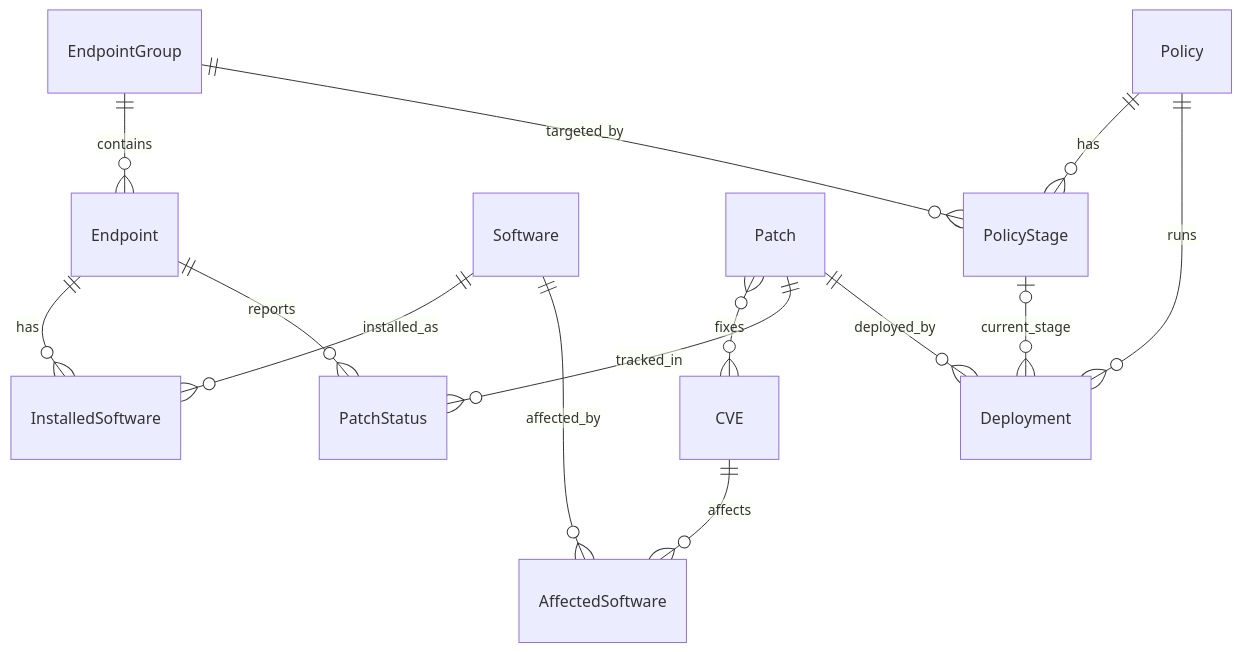
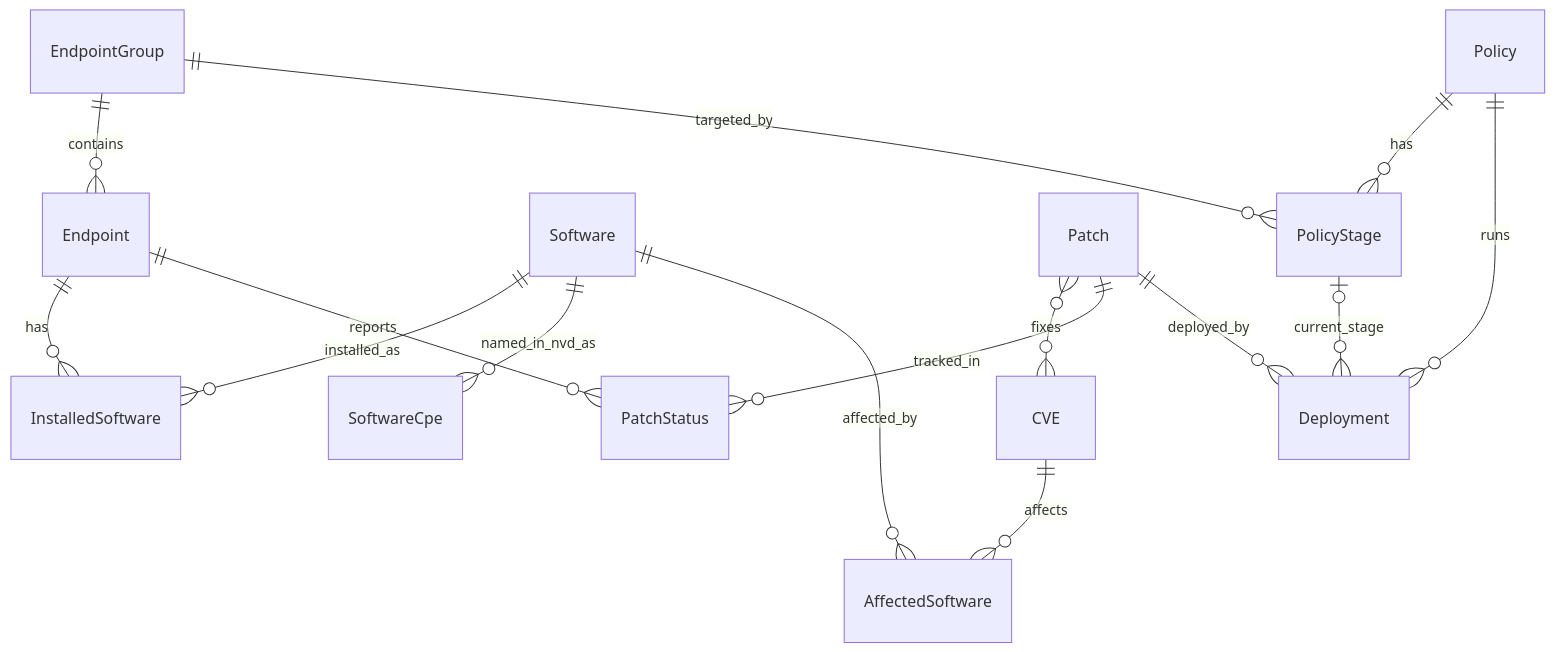
One commit to eunbel22/mini-patch-manager changed the diagram in PRD.md. Above: the diagram before and after it, drawn with Mermaid. The commit also changed other lines of this file and 10 other files, not shown here.

First line of the commit message:
Link CVEs to our software through NVD CPE names

````diff
--- a/PRD.md
+++ b/PRD.md
@@ -72,16 +72,17 @@
 ```mermaid
 erDiagram
     EndpointGroup ||--o{ Endpoint : contains
     Endpoint ||--o{ InstalledSoftware : has
     Software ||--o{ InstalledSoftware : installed_as
+    Software ||--o{ SoftwareCpe : named_in_nvd_as
     CVE ||--o{ AffectedSoftware : affects
     Software ||--o{ AffectedSoftware : affected_by
     Patch }o--o{ CVE : fixes
     Endpoint ||--o{ PatchStatus : reports
     Patch ||--o{ PatchStatus : tracked_in
     Policy ||--o{ PolicyStage : has
     EndpointGroup ||--o{ PolicyStage : targeted_by
     Policy ||--o{ Deployment : runs
     Patch ||--o{ Deployment : deployed_by
     PolicyStage |o--o{ Deployment : current_stage
 ```
````
